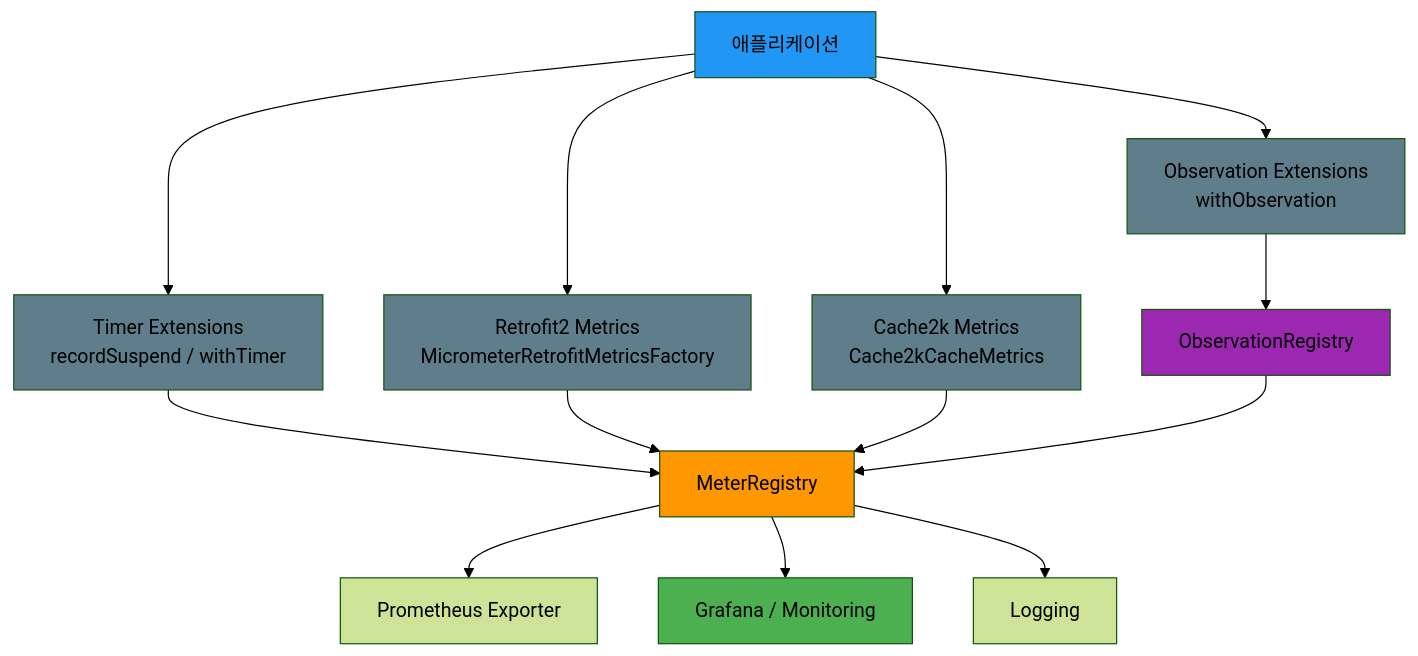
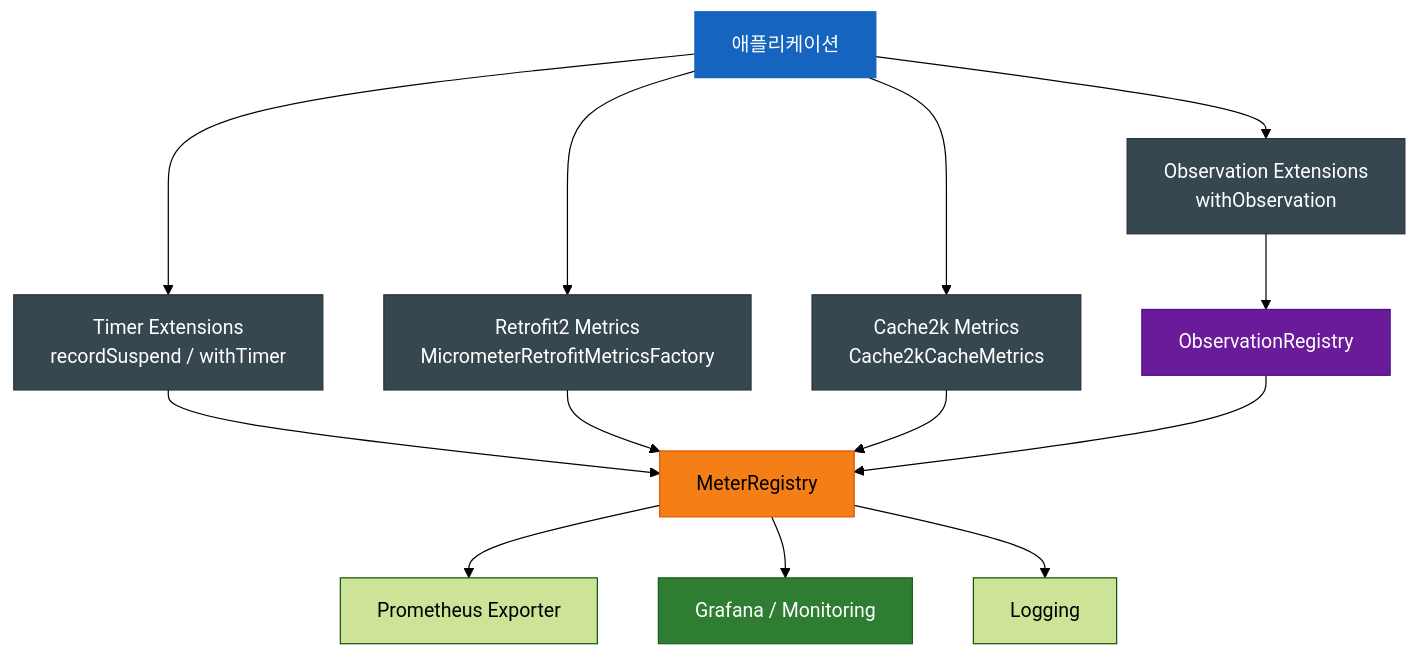
One commit to bluetape4k/bluetape4k-projects changed the second of 4 diagrams in infra/micrometer/README.ko.md. Above: the diagram before and after it, drawn with Mermaid (forest theme). The commit also changed other lines of this file and 221 other files, not shown here.

First line of the commit message:
docs: 전체 모듈 README UML 다이어그램 보강 및 색상 업그레이드

````diff
--- a/infra/micrometer/README.ko.md
+++ b/infra/micrometer/README.ko.md
@@ -288,27 +295,35 @@
 ```mermaid
 flowchart TD
     App[애플리케이션] --> TE[Timer Extensions<br/>recordSuspend / withTimer]
     App --> OE[Observation Extensions<br/>withObservation]
     App --> RM[Retrofit2 Metrics<br/>MicrometerRetrofitMetricsFactory]
     App --> CM[Cache2k Metrics<br/>Cache2kCacheMetrics]
 
     TE --> MR[MeterRegistry]
     OE --> OR[ObservationRegistry]
     RM --> MR
     CM --> MR
 
     OR --> MR
 
     MR --> Prometheus[Prometheus Exporter]
     MR --> Grafana[Grafana / Monitoring]
     MR --> Log[Logging]
 
-    style App fill:#2196F3
-    style MR fill:#FF9800
-    style OR fill:#9C27B0
-    style Grafana fill:#4CAF50
-    style TE fill:#607D8B
-    style OE fill:#607D8B
-    style RM fill:#607D8B
-    style CM fill:#607D8B
+    classDef coreStyle fill:#1B5E20,stroke:#1B5E20,color:#FFFFFF,font-weight:bold
+    classDef serviceStyle fill:#1565C0,stroke:#1565C0,color:#FFFFFF
+    classDef utilStyle fill:#E65100,stroke:#E65100,color:#FFFFFF
+    classDef asyncStyle fill:#6A1B9A,stroke:#6A1B9A,color:#FFFFFF
+    classDef extStyle fill:#37474F,stroke:#37474F,color:#FFFFFF
+    classDef dataStyle fill:#F57F17,stroke:#F57F17,color:#000000
+    classDef cacheStyle fill:#2E7D32,stroke:#1B5E20,color:#FFFFFF
+
+    style App fill:#1565C0,stroke:#1565C0,color:#FFFFFF
+    style MR fill:#F57F17,stroke:#E65100,color:#000000
+    style OR fill:#6A1B9A,stroke:#4A148C,color:#FFFFFF
+    style Grafana fill:#2E7D32,stroke:#1B5E20,color:#FFFFFF
+    style TE fill:#37474F,stroke:#263238,color:#FFFFFF
+    style OE fill:#37474F,stroke:#263238,color:#FFFFFF
+    style RM fill:#37474F,stroke:#263238,color:#FFFFFF
+    style CM fill:#37474F,stroke:#263238,color:#FFFFFF
 ```
````
